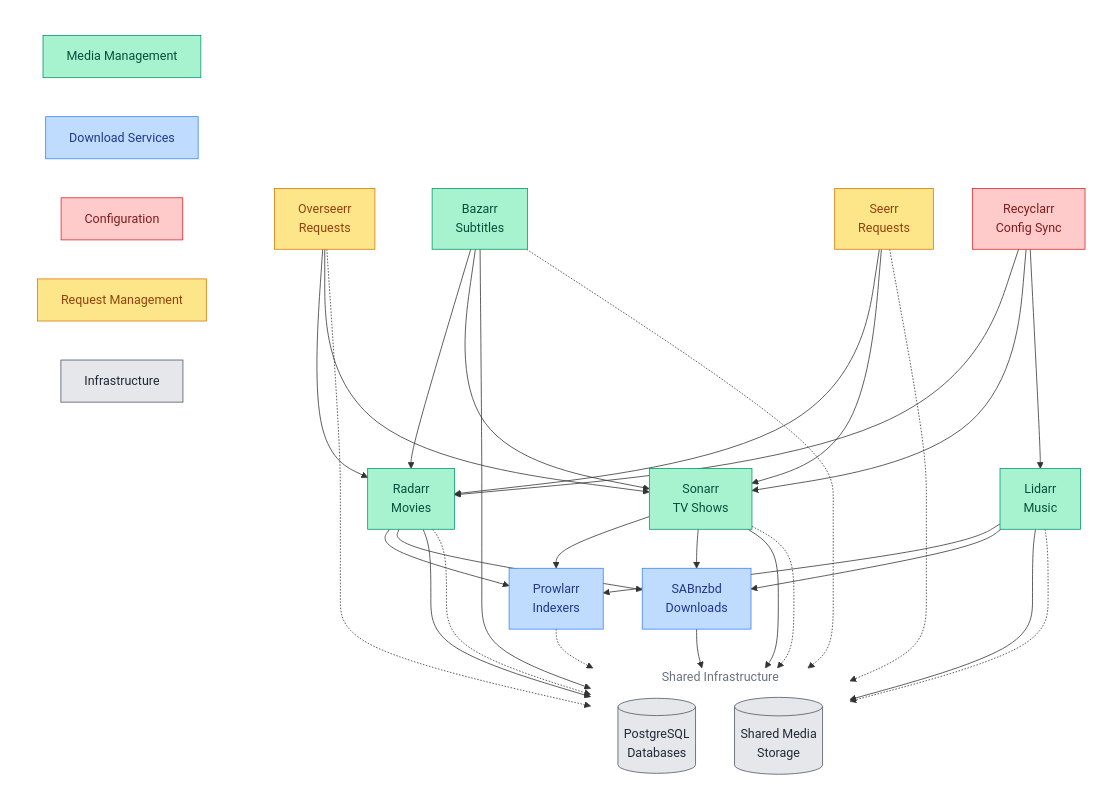
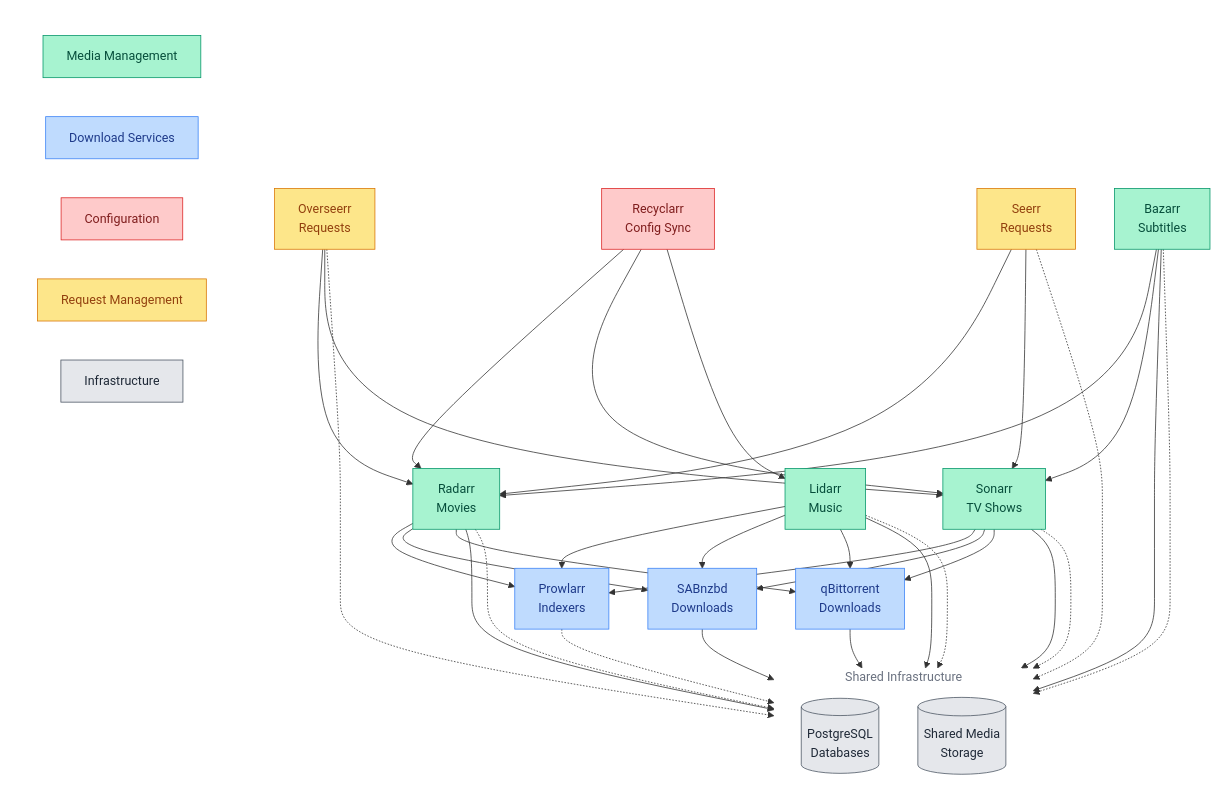
The diagram in apps/subsystems/downloaders/README.md (ppat/homelab-ops-kubernetes-apps), drawn with Mermaid before and after one commit. The commit also changed other lines of this file and 12 other files, not shown here.

```diff
--- a/apps/subsystems/downloaders/README.md
+++ b/apps/subsystems/downloaders/README.md
@@ -51,6 +51,7 @@
     %% Download Infrastructure
     prowlarr[Prowlarr<br/>Indexers]:::download
     sabnzbd[SABnzbd<br/>Downloads]:::download
+    qbittorrent[qBittorrent<br/>Downloads]:::download
 
     %% Configuration Management
     recyclarr[Recyclarr<br/>Config Sync]:::config
@@ -80,12 +81,16 @@
     radarr --> sabnzbd
     sonarr --> sabnzbd
     lidarr --> sabnzbd
+    radarr --> qbittorrent
+    sonarr --> qbittorrent
+    lidarr --> qbittorrent
 
     bazarr --> radarr
     bazarr --> sonarr
 
     %% Storage Access
     sabnzbd --> storage
+    qbittorrent --> storage
     radarr --> storage
     sonarr --> storage
     lidarr --> storage
```
